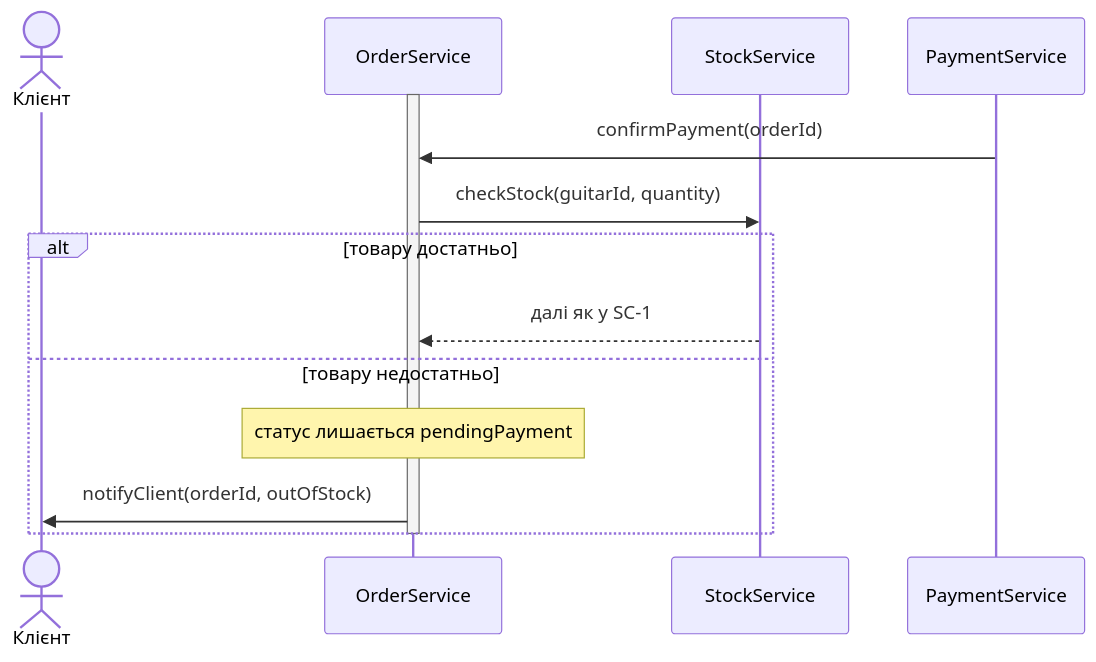
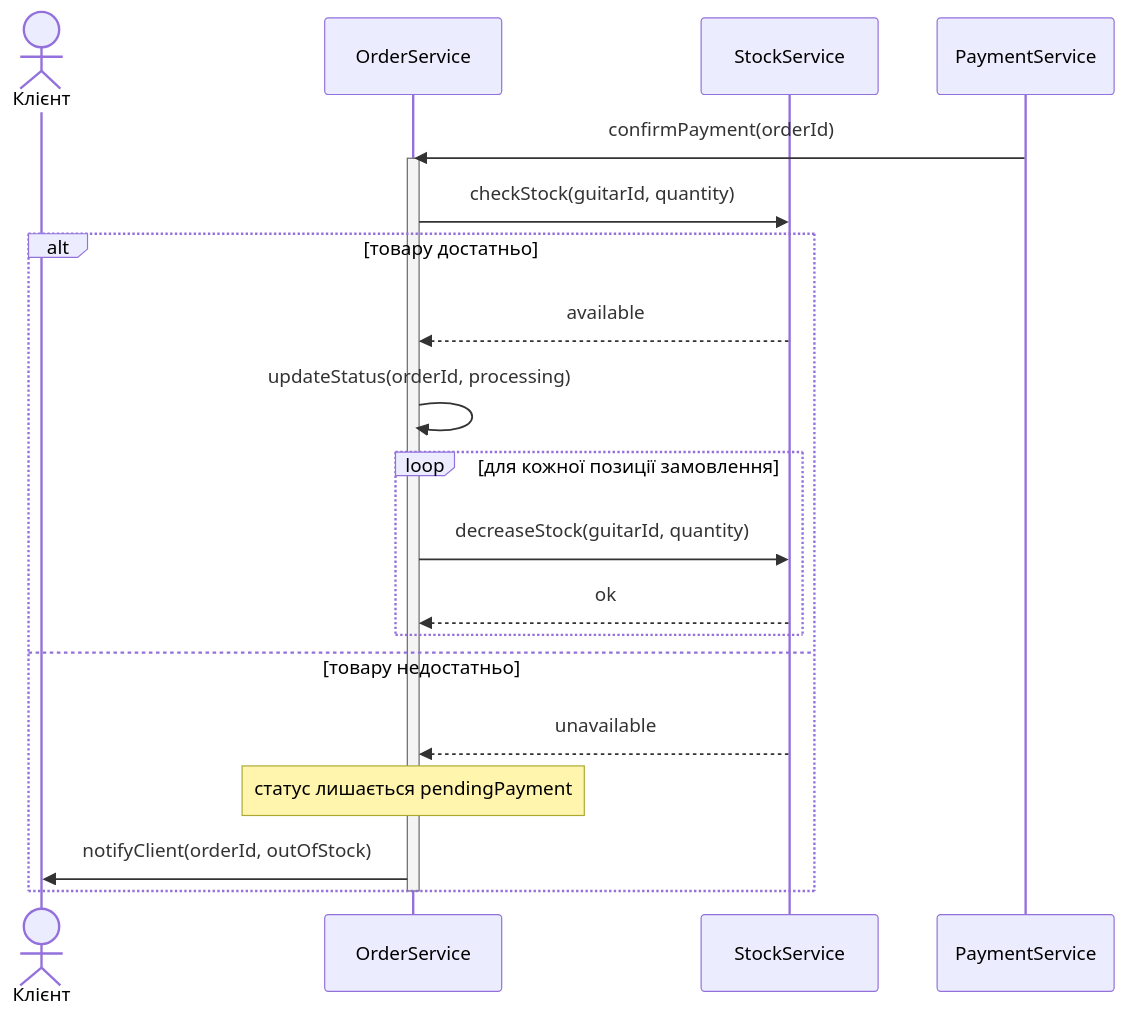
Before and after one commit to skhtrntyjt/KPI2: the third of 3 diagrams in lab3/sequence-diagrams.md, drawn with Mermaid. The commit also changed other lines of this file, not shown here.

Commit message:
Update sequence diagrams for payment processes

````diff
--- a/lab3/sequence-diagrams.md
+++ b/lab3/sequence-diagrams.md
@@ -57,18 +55,24 @@
 ```mermaid
 sequenceDiagram
     actor Клієнт
     participant OrderService
     participant StockService
     participant PaymentService
 
+    PaymentService ->> OrderService: confirmPayment(orderId)
     activate OrderService
-    PaymentService ->> OrderService: confirmPayment(orderId)
     OrderService ->> StockService: checkStock(guitarId, quantity)
     alt товару достатньо
-        StockService -->> OrderService: далі як у SC-1
+        StockService -->> OrderService: available
+        OrderService ->> OrderService: updateStatus(orderId, processing)
+        loop для кожної позиції замовлення
+            OrderService ->> StockService: decreaseStock(guitarId, quantity)
+            StockService -->> OrderService: ok
+        end
     else товару недостатньо
+        StockService -->> OrderService: unavailable
         Note over OrderService: статус лишається pendingPayment
         OrderService ->> Клієнт: notifyClient(orderId, outOfStock)
     end
     deactivate OrderService
 ```
````
